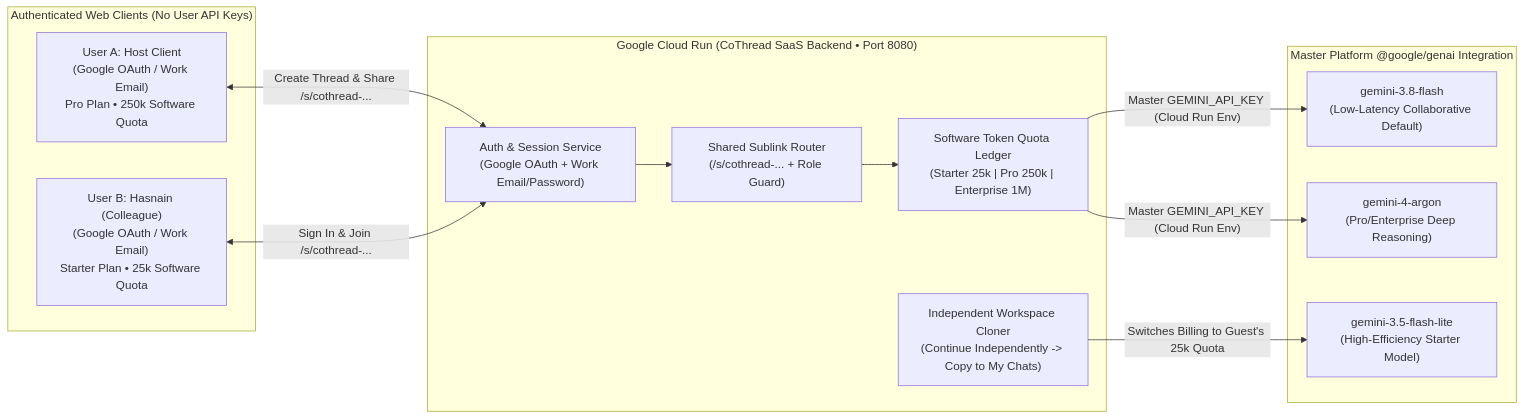
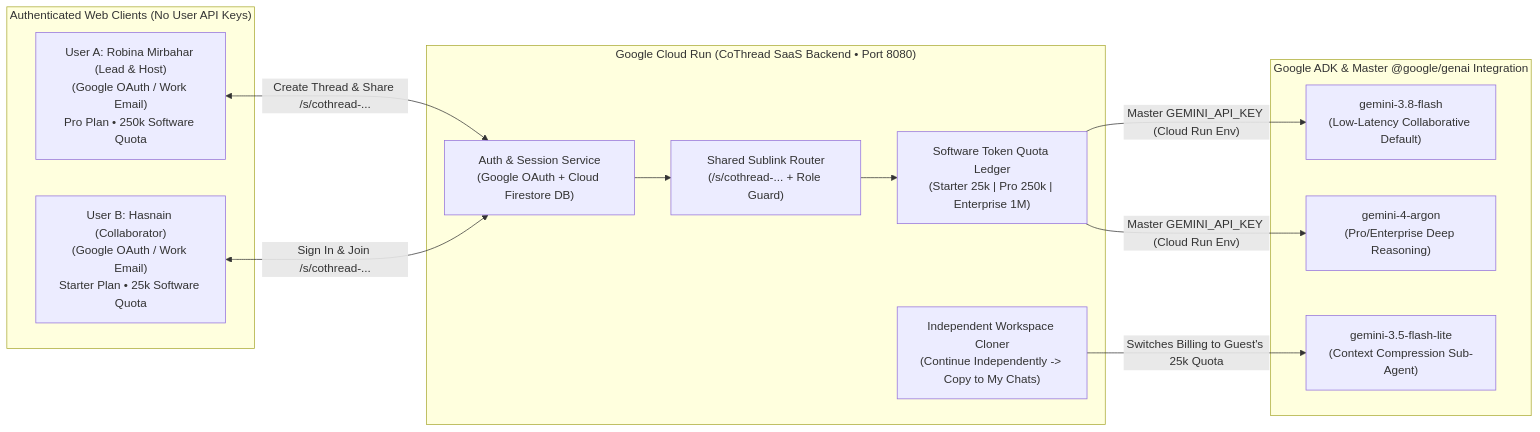
The first of 2 diagrams in README.md (RobinaMirbahar/CoThread), drawn with Mermaid before and after one commit. The commit also changed other lines of this file, not shown here.

````diff
--- a/README.md
+++ b/README.md
@@ -59,28 +59,28 @@
 ```mermaid
 flowchart LR
     subgraph Clients["Authenticated Web Clients (No User API Keys)"]
-        Host["User A: Host Client\n(Google OAuth / Work Email)\nPro Plan • 250k Software Quota"]
-        Guest["User B: Hasnain (Colleague)\n(Google OAuth / Work Email)\nStarter Plan • 25k Software Quota"]
+        Host["User A: Robina Mirbahar (Lead & Host)\n(Google OAuth / Work Email)\nPro Plan • 250k Software Quota"]
+        Guest["User B: Hasnain (Collaborator)\n(Google OAuth / Work Email)\nStarter Plan • 25k Software Quota"]
     end
 
     subgraph CloudRun["Google Cloud Run (CoThread SaaS Backend • Port 8080)"]
-        Auth["Auth & Session Service\n(Google OAuth + Work Email/Password)"]
+        Auth["Auth & Session Service\n(Google OAuth + Cloud Firestore DB)"]
         Sublink["Shared Sublink Router\n(/s/cothread-... + Role Guard)"]
         Ledger["Software Token Quota Ledger\n(Starter 25k | Pro 250k | Enterprise 1M)"]
         Clone["Independent Workspace Cloner\n(Continue Independently -> Copy to My Chats)"]
     end
 
-    subgraph Gemini["Master Platform @google/genai Integration"]
+    subgraph Gemini["Google ADK & Master @google/genai Integration"]
         Flash["gemini-3.8-flash\n(Low-Latency Collaborative Default)"]
         Argon["gemini-4-argon\n(Pro/Enterprise Deep Reasoning)"]
-        Lite["gemini-3.5-flash-lite\n(High-Efficiency Starter Model)"]
+        Lite["gemini-3.5-flash-lite\n(Context Compression Sub-Agent)"]
     end
 
     Host <-->|"Create Thread & Share /s/cothread-..."| Auth
     Guest <-->|"Sign In & Join /s/cothread-..."| Auth
     Auth --> Sublink
     Sublink --> Ledger
     Ledger -->|"Master GEMINI_API_KEY (Cloud Run Env)"| Flash
     Ledger -->|"Master GEMINI_API_KEY (Cloud Run Env)"| Argon
     Clone -->|"Switches Billing to Guest's 25k Quota"| Lite
 ```
````
